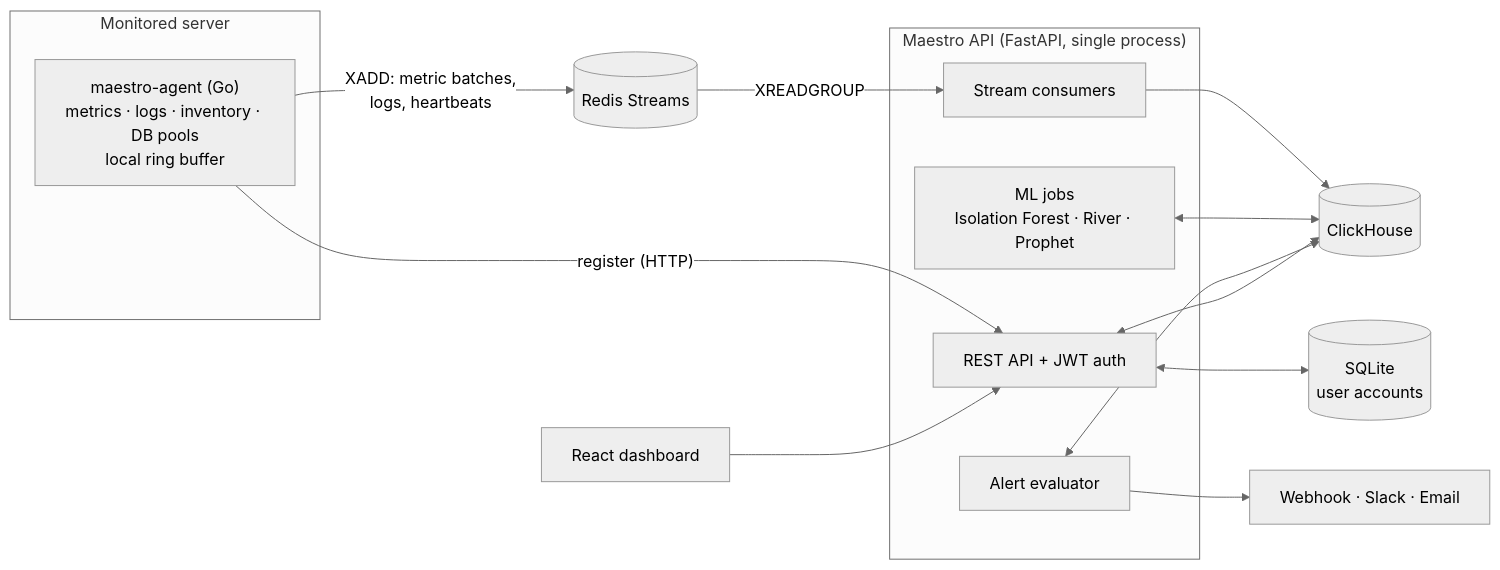
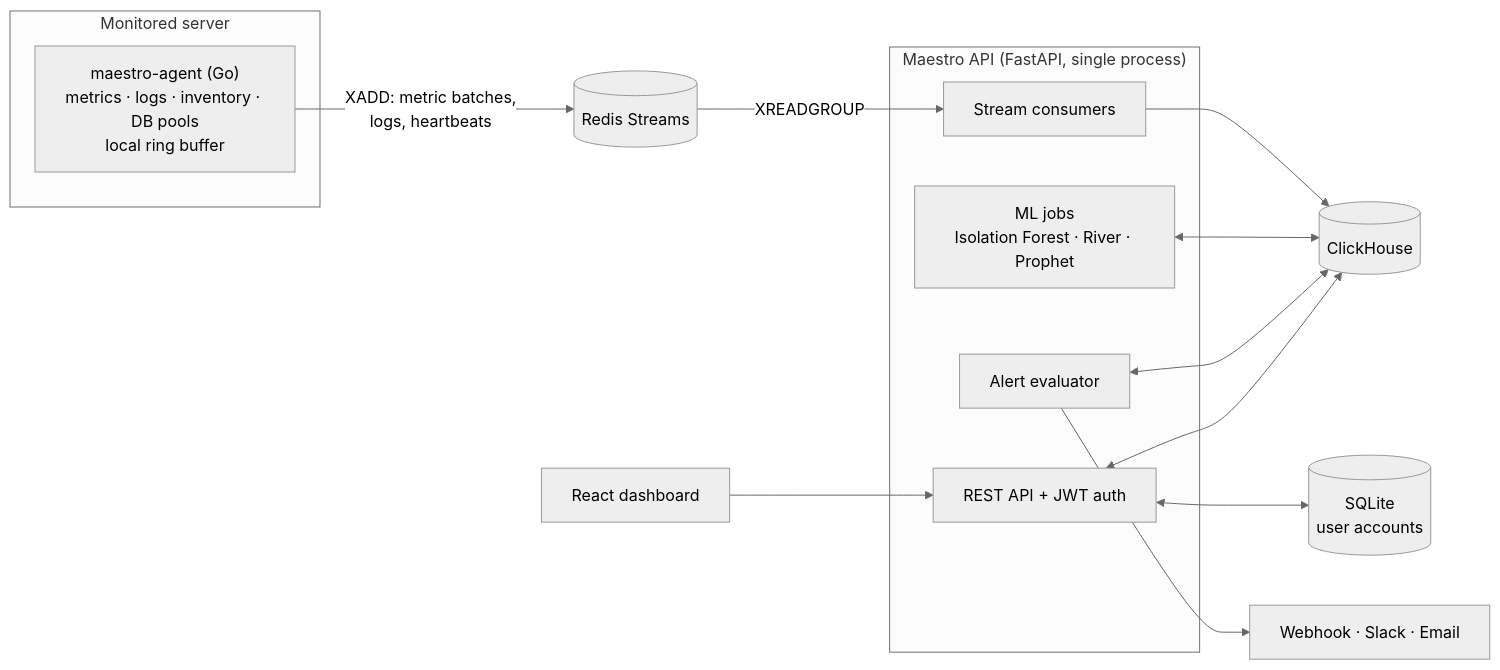
One commit to yuriPeixoto/maestro changed the diagram in README.md. Above: the diagram before and after it, drawn with Mermaid (neutral theme). The commit also changed other lines of this file and 9 other files, not shown here.

````diff
--- a/README.md
+++ b/README.md
@@ -26,25 +26,24 @@
 ```mermaid
 flowchart LR
     subgraph host["Monitored server"]
         agent["maestro-agent (Go)<br/>metrics · logs · inventory · DB pools<br/>local ring buffer"]
     end
 
     agent -- "XADD: metric batches,<br/>logs, heartbeats" --> redis[("Redis Streams")]
-    agent -- "register (HTTP)" --> rest
 
     subgraph api["Maestro API (FastAPI, single process)"]
         consumers["Stream consumers"]
         evaluator["Alert evaluator"]
         ml["ML jobs<br/>Isolation Forest · River · Prophet"]
         rest["REST API + JWT auth"]
     end
 
     redis -- "XREADGROUP" --> consumers
     consumers --> ch[("ClickHouse")]
     ml <--> ch
     evaluator <--> ch
     rest <--> ch
     rest <--> sqlite[("SQLite<br/>user accounts")]
     evaluator --> channels["Webhook · Slack · Email"]
     ui["React dashboard"] --> rest
 ```
````
